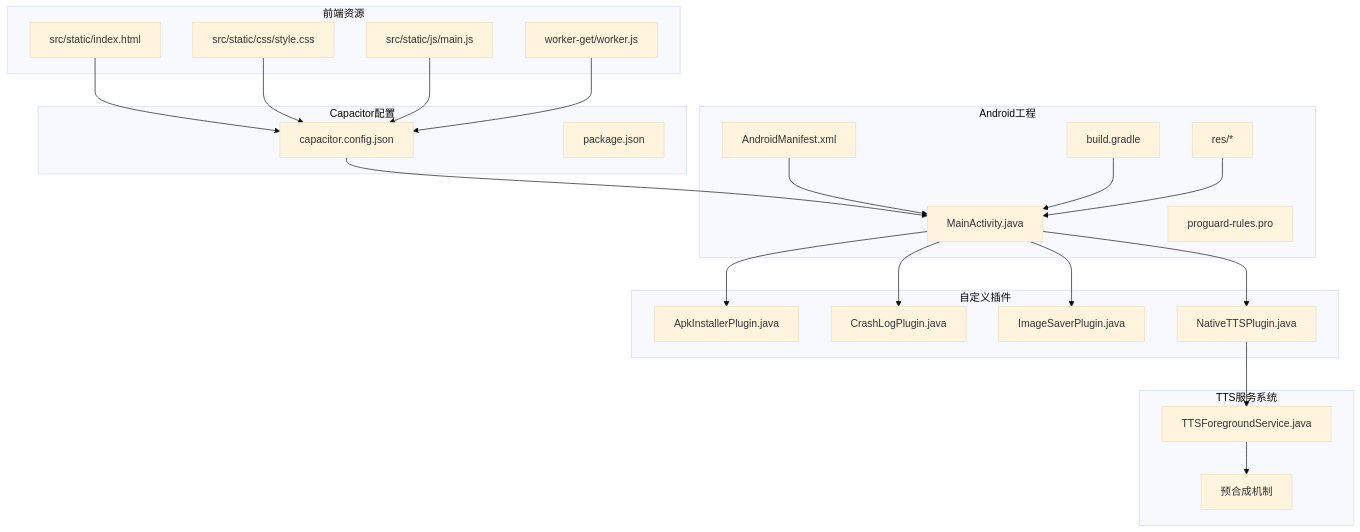
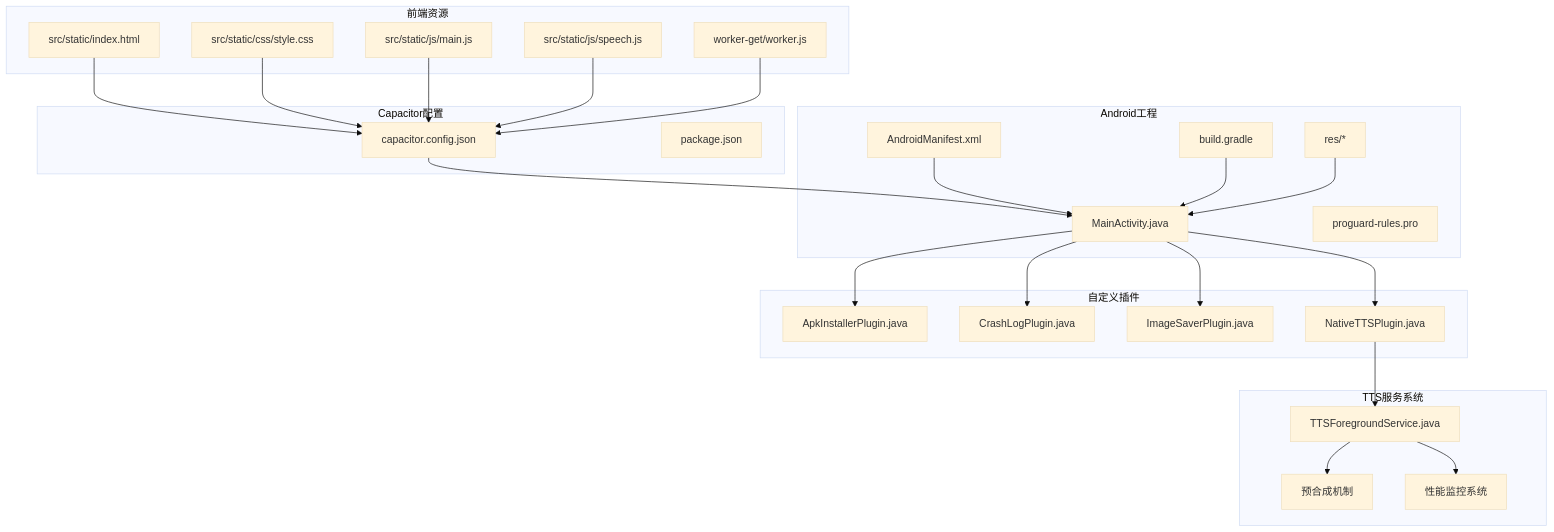
One commit to zhao-zg/cx changed the first of 11 diagrams in .qoder/repowiki/zh/content/移动应用开发/移动应用开发.md. Above: the diagram before and after it, drawn with Mermaid (base theme). The commit also changed other lines of this file and 34 other files, not shown here.

````diff
--- a/.qoder/repowiki/zh/content/移动应用开发/移动应用开发.md
+++ b/.qoder/repowiki/zh/content/移动应用开发/移动应用开发.md
@@ -65,44 +66,48 @@
 ```mermaid
 graph TB
 subgraph "前端资源"
 HTML["src/static/index.html"]
 CSS["src/static/css/style.css"]
 JS["src/static/js/main.js"]
+SPEECH["src/static/js/speech.js"]
 WORKER["worker-get/worker.js"]
 end
 subgraph "Capacitor配置"
 CAP_CONF["capacitor.config.json"]
 PKG["package.json"]
 end
 subgraph "Android工程"
 MANIFEST["AndroidManifest.xml"]
 MAINACT["MainActivity.java"]
 BUILD_GRADLE["build.gradle"]
 PROGUARD["proguard-rules.pro"]
 RES["res/*"]
 end
 subgraph "自定义插件"
 APK["ApkInstallerPlugin.java"]
 CRASH["CrashLogPlugin.java"]
 IMG["ImageSaverPlugin.java"]
 TTS["NativeTTSPlugin.java"]
 end
 subgraph "TTS服务系统"
 TTS_SERVICE["TTSForegroundService.java"]
 PRE_SYNTH["预合成机制"]
+PERF_MONITOR["性能监控系统"]
 end
 HTML --> CAP_CONF
 CSS --> CAP_CONF
 JS --> CAP_CONF
+SPEECH --> CAP_CONF
 WORKER --> CAP_CONF
 CAP_CONF --> MAINACT
 MAINACT --> APK
 MAINACT --> CRASH
 MAINACT --> IMG
 MAINACT --> TTS
 MANIFEST --> MAINACT
 BUILD_GRADLE --> MAINACT
 RES --> MAINACT
 TTS --> TTS_SERVICE
 TTS_SERVICE --> PRE_SYNTH
+TTS_SERVICE --> PERF_MONITOR
 ```
````
